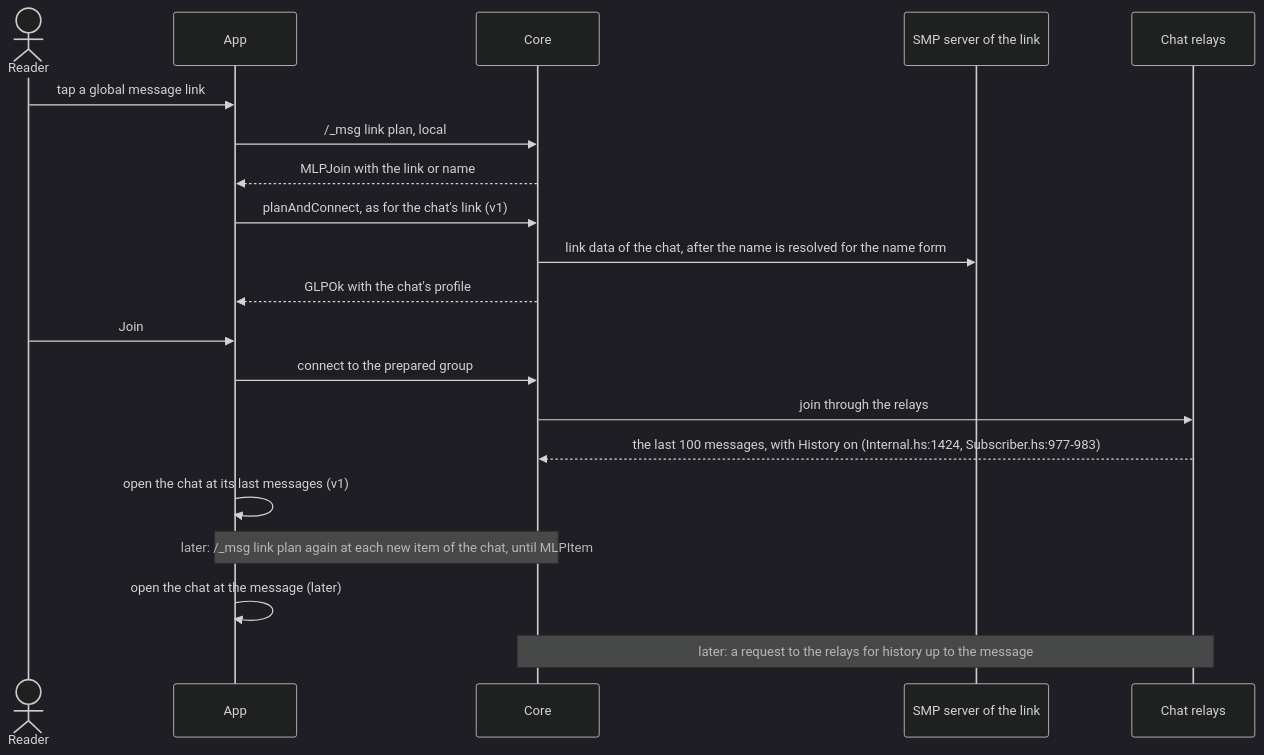
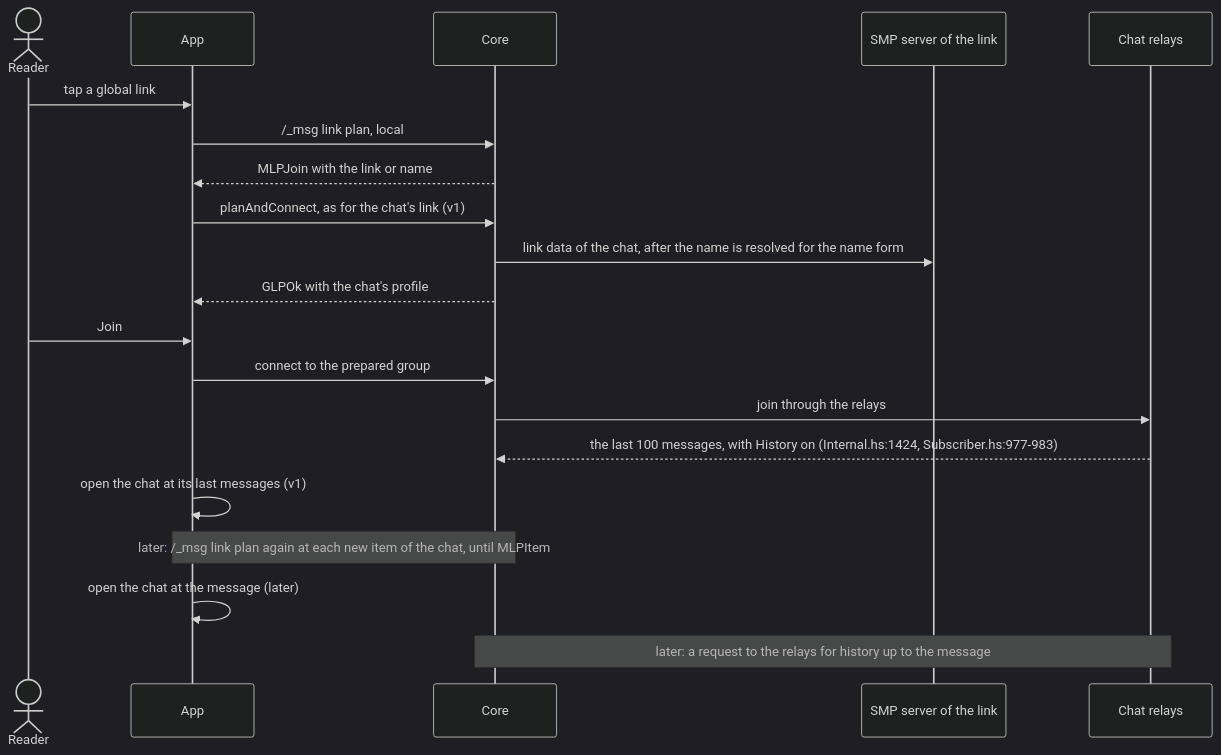
Before and after one commit to evgeny-simplex/simplex-chat: the third of 6 diagrams in plans/2026-11-22-message-references.md, drawn with Mermaid (dark theme). The commit also changed other lines of this file, not shown here.

Commit message:
core: plan short texts and same-chat references in link maps

````diff
--- a/plans/2026-11-22-message-references.md
+++ b/plans/2026-11-22-message-references.md
@@ -298,22 +351,22 @@
 ```mermaid
 sequenceDiagram
   actor U as Reader
   participant A as App
   participant C as Core
   participant S as SMP server of the link
   participant R as Chat relays
-  U->>A: tap a global message link
+  U->>A: tap a global link
   A->>C: /_msg link plan, local
   C-->>A: MLPJoin with the link or name
   A->>C: planAndConnect, as for the chat's link (v1)
   C->>S: link data of the chat, after the name is resolved for the name form
   C-->>A: GLPOk with the chat's profile
   U->>A: Join
   A->>C: connect to the prepared group
   C->>R: join through the relays
   R-->>C: the last 100 messages, with History on (Internal.hs:1424, Subscriber.hs:977-983)
   A->>A: open the chat at its last messages (v1)
   Note over A,C: later: /_msg link plan again at each new item of the chat, until MLPItem
   A->>A: open the chat at the message (later)
   Note over C,R: later: a request to the relays for history up to the message
 ```
````
